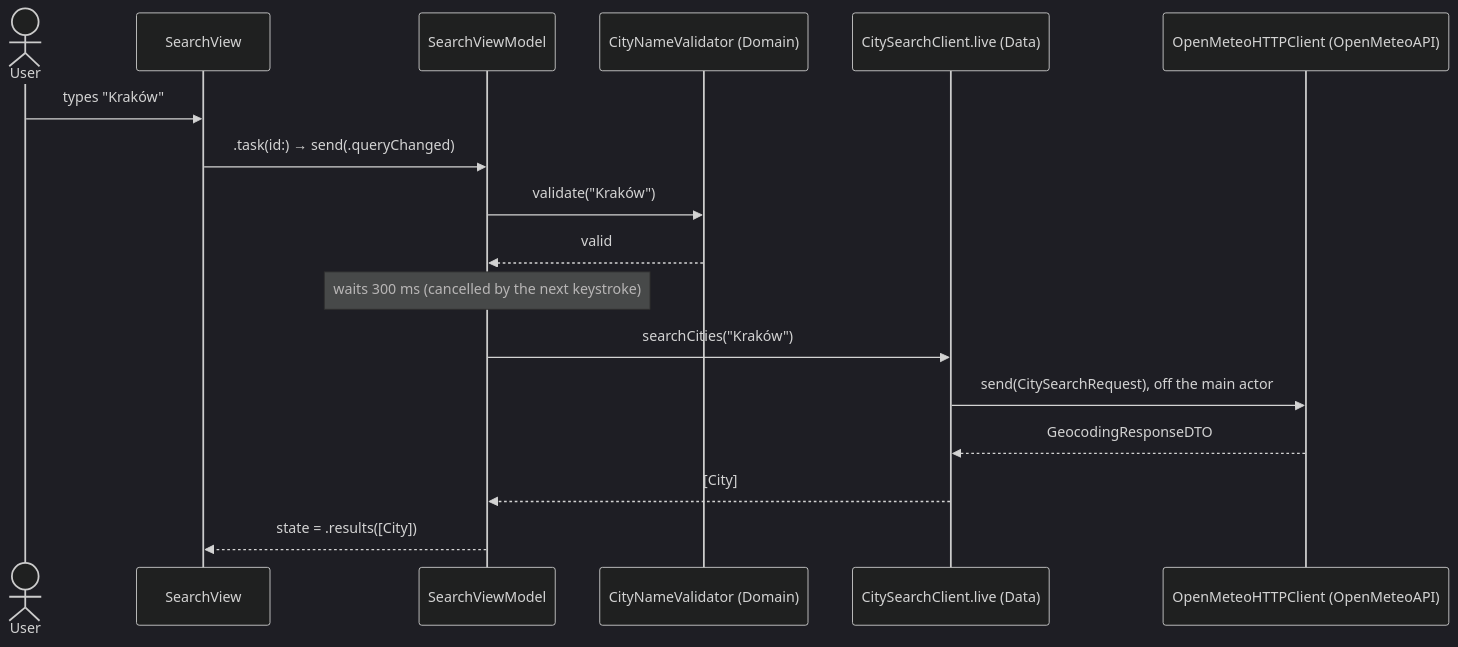
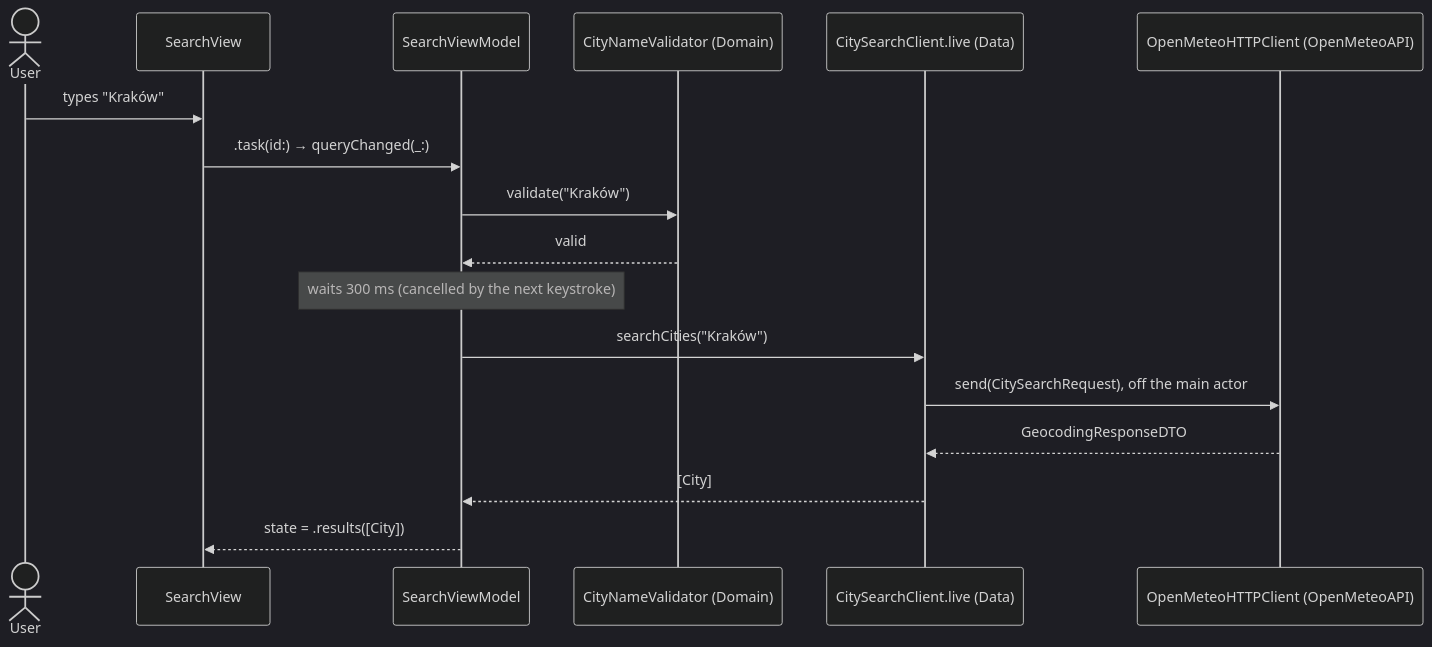
The second of 3 diagrams in README.md (mkociol/empik-assignment-ios), drawn with Mermaid (dark theme) before and after one commit. The commit also changed other lines of this file and 9 other files, not shown here.

Commit message:
Replaces view model action enums with methods

````diff
--- a/README.md
+++ b/README.md
@@ -92,19 +94,19 @@
 ```mermaid
 sequenceDiagram
     actor User
     participant SearchView
     participant SearchViewModel
     participant CityNameValidator as CityNameValidator (Domain)
     participant CitySearchClient as CitySearchClient.live (Data)
     participant HTTPClient as OpenMeteoHTTPClient (OpenMeteoAPI)
     User->>SearchView: types "Kraków"
-    SearchView->>SearchViewModel: .task(id:) → send(.queryChanged)
+    SearchView->>SearchViewModel: .task(id:) → queryChanged(_:)
     SearchViewModel->>CityNameValidator: validate("Kraków")
     CityNameValidator-->>SearchViewModel: valid
     Note over SearchViewModel: waits 300 ms (cancelled by the next keystroke)
     SearchViewModel->>CitySearchClient: searchCities("Kraków")
     CitySearchClient->>HTTPClient: send(CitySearchRequest), off the main actor
     HTTPClient-->>CitySearchClient: GeocodingResponseDTO
     CitySearchClient-->>SearchViewModel: [City]
     SearchViewModel-->>SearchView: state = .results([City])
 ```
````
